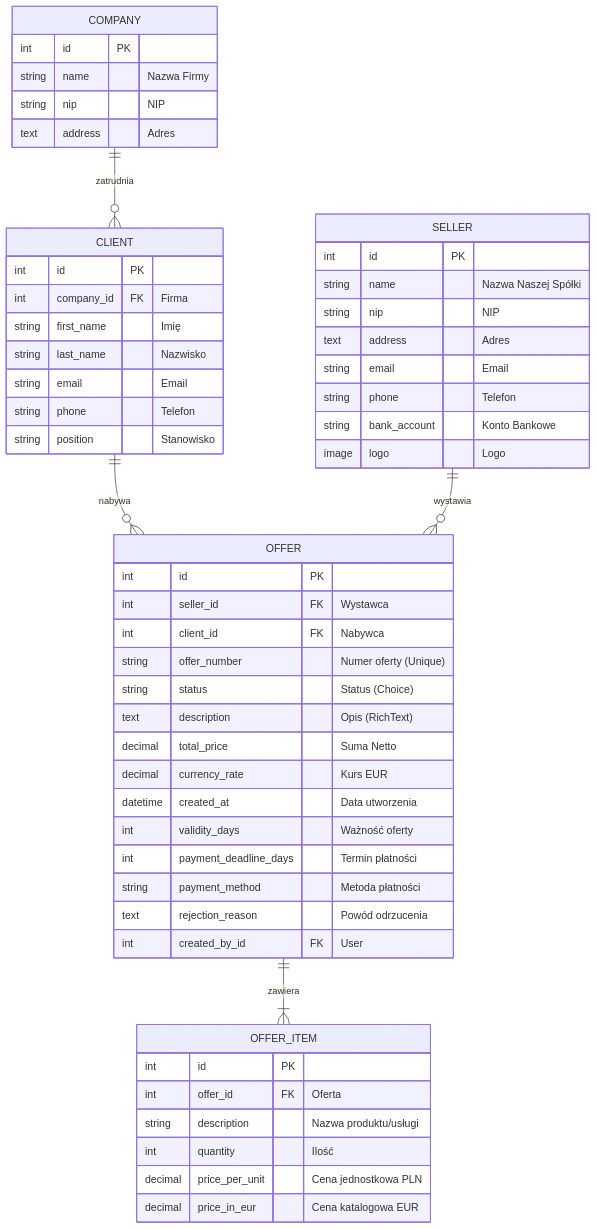
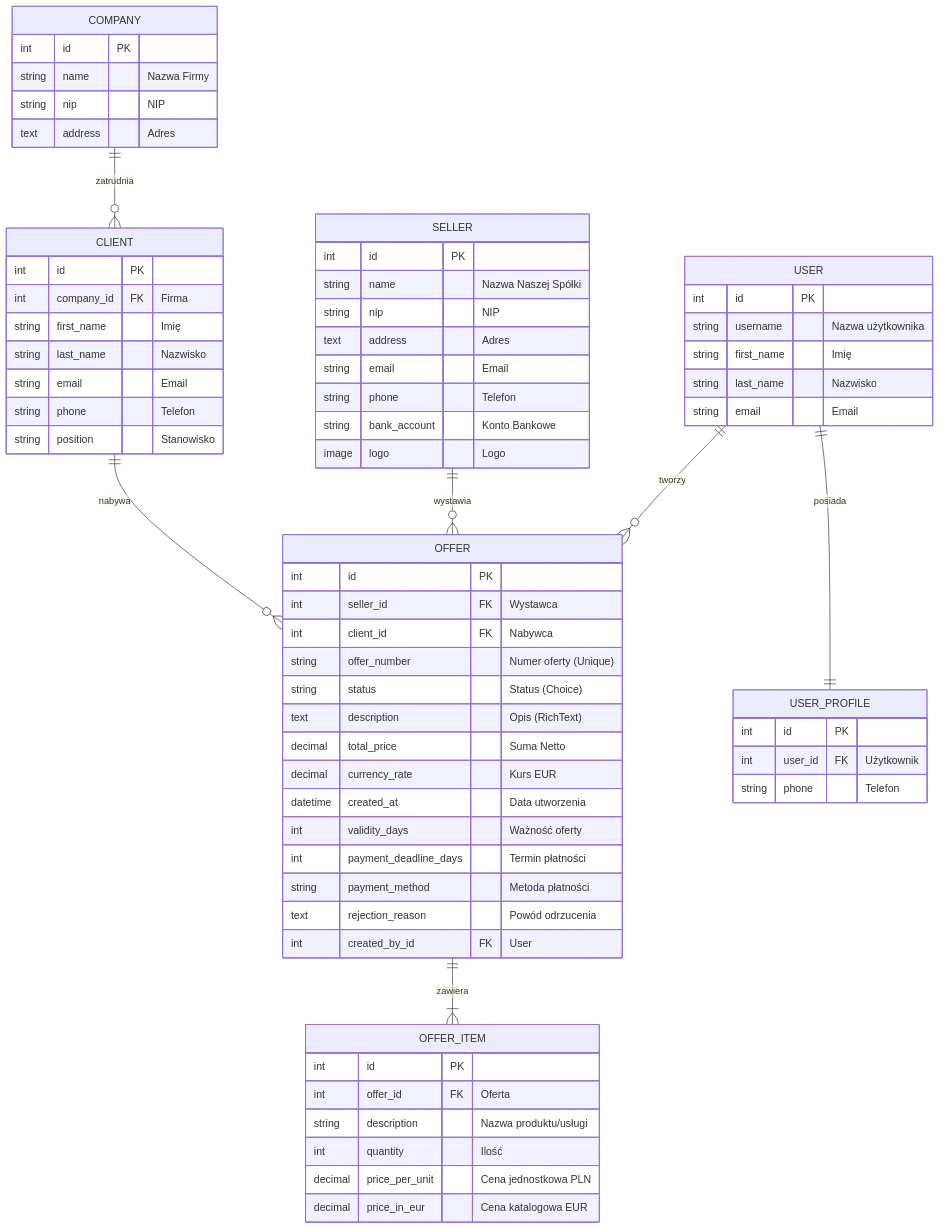
Before and after one commit to Jcob3011/offert-system-scrum: the first of 2 diagrams in README.md, drawn with Mermaid. The commit also changed other lines of this file and 12 other files, not shown here.

````diff
--- a/README.md
+++ b/README.md
@@ -37,57 +38,71 @@
 ```mermaid
 erDiagram
     COMPANY {
         int id PK
         string name "Nazwa Firmy"
         string nip "NIP"
         text address "Adres"
     }
     CLIENT {
         int id PK
         int company_id FK "Firma"
         string first_name "Imię"
         string last_name "Nazwisko"
         string email "Email"
         string phone "Telefon"
         string position "Stanowisko"
     }
     SELLER {
         int id PK
         string name "Nazwa Naszej Spółki"
         string nip "NIP"
         text address "Adres"
         string email "Email"
         string phone "Telefon"
         string bank_account "Konto Bankowe"
         image logo "Logo"
     }
     OFFER {
         int id PK
         int seller_id FK "Wystawca"
         int client_id FK "Nabywca"
         string offer_number "Numer oferty (Unique)"
         string status "Status (Choice)"
         text description "Opis (RichText)"
         decimal total_price "Suma Netto"
         decimal currency_rate "Kurs EUR"
         datetime created_at "Data utworzenia"
         int validity_days "Ważność oferty"
         int payment_deadline_days "Termin płatności"
         string payment_method "Metoda płatności"
         text rejection_reason "Powód odrzucenia"
         int created_by_id FK "User"
     }
     OFFER_ITEM {
         int id PK
         int offer_id FK "Oferta"
         string description "Nazwa produktu/usługi"
         int quantity "Ilość"
         decimal price_per_unit "Cena jednostkowa PLN"
         decimal price_in_eur "Cena katalogowa EUR"
     }
+    USER {
+        int id PK
+        string username "Nazwa użytkownika"
+        string first_name "Imię"
+        string last_name "Nazwisko"
+        string email "Email"
+    }
+    USER_PROFILE {
+        int id PK
+        int user_id FK "Użytkownik"
+        string phone "Telefon"
+    }
 
     COMPANY ||--o{ CLIENT : "zatrudnia"
     CLIENT ||--o{ OFFER : "nabywa"
     SELLER ||--o{ OFFER : "wystawia"
     OFFER ||--|{ OFFER_ITEM : "zawiera"
+    USER ||--|| USER_PROFILE : "posiada"
+    USER ||--o{ OFFER : "tworzy"
 ```
````
